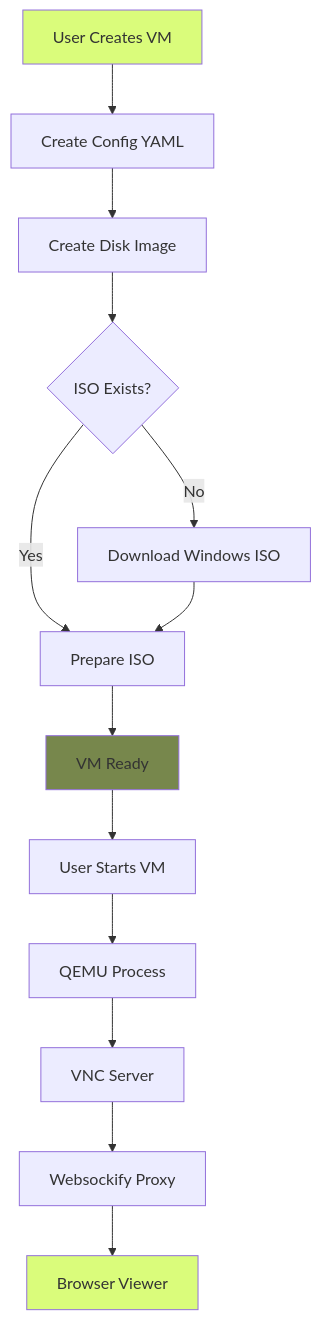
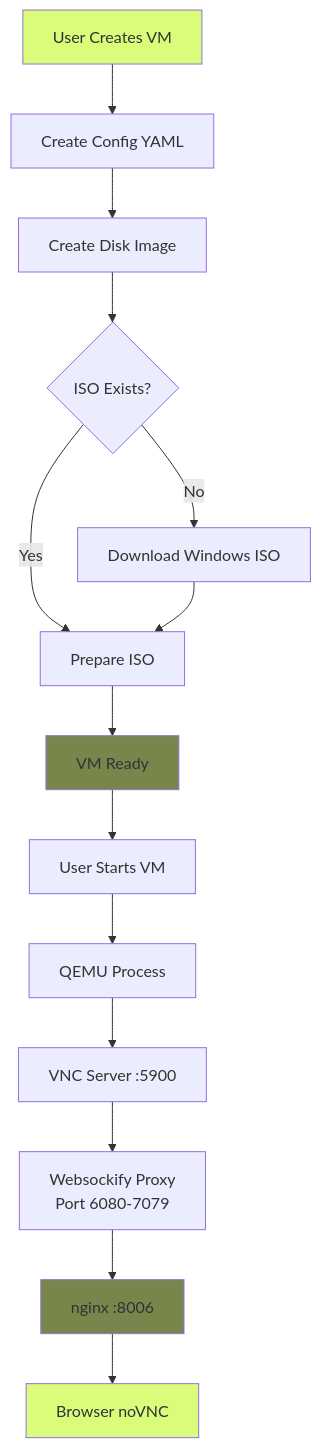
Before and after one commit to cayubweeums-repos/cyber_workbench: the second of 5 diagrams in docs/vm-lifecycle.md, drawn with Mermaid. The commit also changed other lines of this file and 10 other files, not shown here.

````diff
--- a/docs/vm-lifecycle.md
+++ b/docs/vm-lifecycle.md
@@ -21,19 +21,21 @@
 ```mermaid
 graph TB
     Start[User Creates VM] --> Config[Create Config YAML]
     Config --> Disk[Create Disk Image]
     Disk --> Download{ISO Exists?}
     Download -->|No| DownloadISO[Download Windows ISO]
     Download -->|Yes| Prepare
     DownloadISO --> Prepare[Prepare ISO]
     Prepare --> Ready[VM Ready]
     Ready --> StartVM[User Starts VM]
     StartVM --> QEMU[QEMU Process]
-    QEMU --> VNC[VNC Server]
-    VNC --> WebSockify[Websockify Proxy]
-    WebSockify --> Browser[Browser Viewer]
+    QEMU --> VNC[VNC Server :5900]
+    VNC --> WebSockify[Websockify Proxy<br/>Port 6080-7079]
+    WebSockify --> Nginx[nginx :8006]
+    Nginx --> Browser[Browser noVNC]
     
     style Start fill:#dafc7b
     style Ready fill:#77874c
     style Browser fill:#dafc7b
+    style Nginx fill:#77874c
 ```
````
